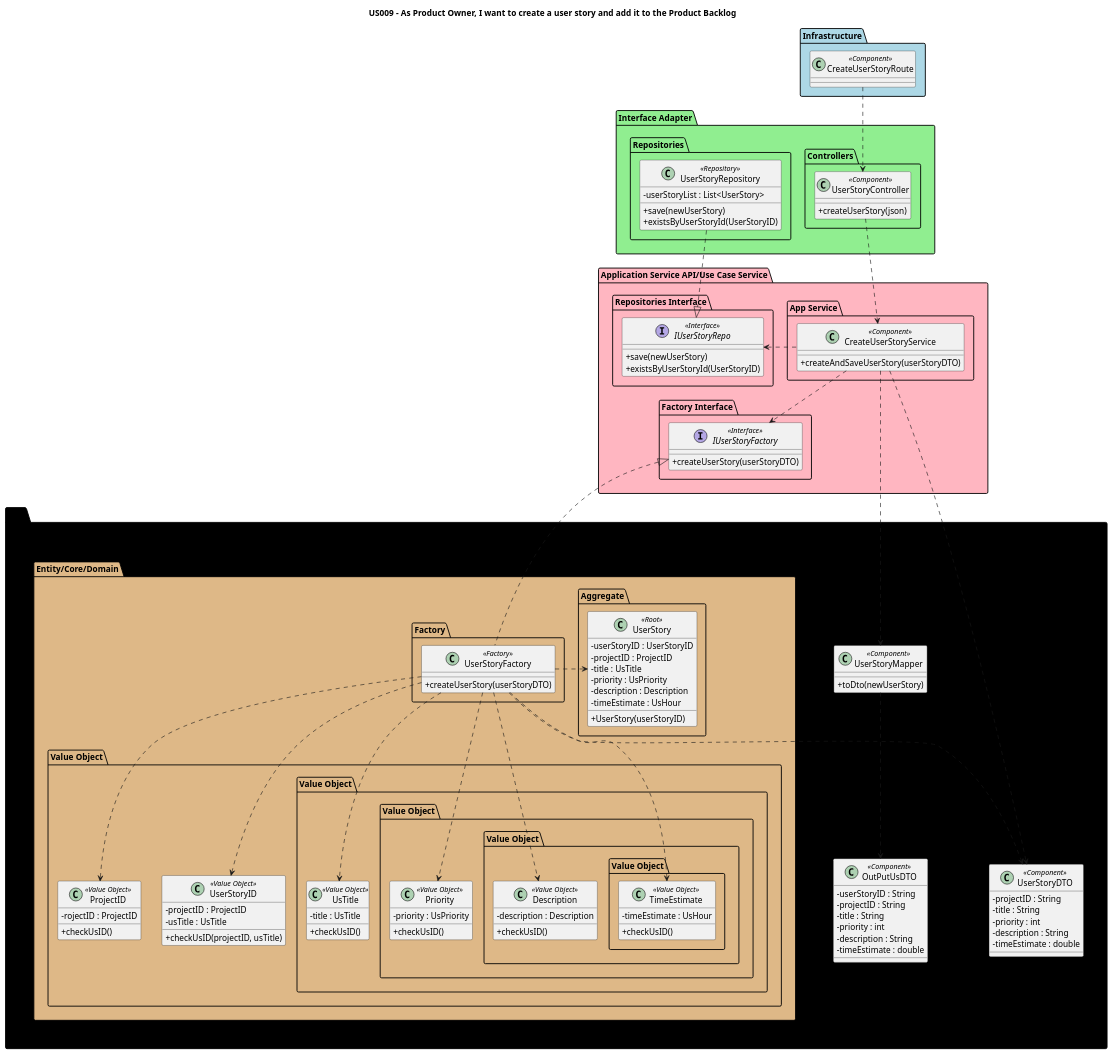
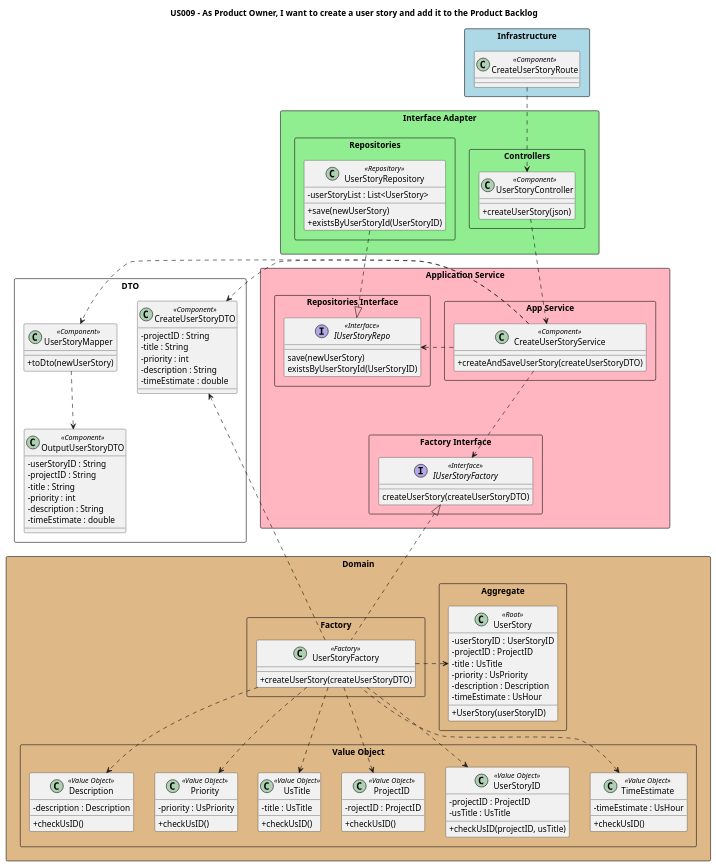
The diagram in docs/Sprint1/US009/US009RE-CD.puml (nunogon1211787/projectManagement), drawn with PlantUML before and after one commit. The commit also changed 29 other files, not shown here.

```diff
--- a/docs/Sprint1/US009/US009RE-CD.puml
+++ b/docs/Sprint1/US009/US009RE-CD.puml
@@ -1,154 +1,136 @@
 @startuml
 'https://plantuml.com/class-diagram
 
 'hide circle
 skinparam classAttributeIconSize 0
 
 title US009 - As Product Owner, I want to create a user story and add it to the Product Backlog
 
 skinparam classAttributeIconSize 0
 
-package "Infrastructure" <<Folder>> #lightblue  {
+package "Infrastructure" <<Rectangle>> #lightblue  {
 class "CreateUserStoryRoute" as route << Component >>
 }
 
-package "Interface Adapter" <<Folder>> #lightgreen {
-package "Controllers" <<Folder>>{
+package "Interface Adapter" <<Rectangle>> #lightgreen {
+package "Controllers" <<Rectangle>>{
 class "UserStoryController" as ctrl << Component >> {
 +createUserStory(json)
 }
 }
-package "Repositories" <<Folder>>{
+package "Repositories" <<Rectangle>>{
 class "UserStoryRepository" as store << Repository >> {
 -userStoryList : List<UserStory>
 + save(newUserStory)
 + existsByUserStoryId(UserStoryID)
 }
 }
 }
 
-package "Application Service API/Use Case Service" <<Package>> #lightpink{
-package "App Service" <<Folder>>{
+package "Application Service" <<Rectangle>> #lightpink{
+package "App Service" <<Rectangle>>{
 class "CreateUserStoryService" as service << Component >> {
-+createAndSaveUserStory(userStoryDTO)
++createAndSaveUserStory(createUserStoryDTO)
 }
 }
-package "Repositories Interface" <<Folder>>{
+package "Repositories Interface" <<Rectangle>>{
 interface "IUserStoryRepo" as repo << Interface >>{
-+ save(newUserStory)
-+ existsByUserStoryId(UserStoryID)
+save(newUserStory)
+existsByUserStoryId(UserStoryID)
 }
 }
-package "Factory Interface" <<Folder>>{
+package "Factory Interface" <<Rectangle>>{
 interface "IUserStoryFactory" as factoryInterface << Interface >>{
-+createUserStory(userStoryDTO)
+createUserStory(createUserStoryDTO)
 }
 }
 }
-package "DTO" <<Folder>> #black {
-package "UserStoryDTO" <<Folder>>{
-class "UserStoryDTO" as dto << Component >> {
+
+package "DTO" <<Rectangle>> {
+class "UserStoryMapper" as mapper << Component >> {
++ toDto(newUserStory)
+}
+class "OutputUserStoryDTO" as outdto << Component >> {
+- userStoryID : String
+- projectID : String
+- title : String
+- priority : int
+- description : String
+- timeEstimate : double
+}
+class "CreateUserStoryDTO" as dto << Component >> {
 - projectID : String
 - title : String
 - priority : int
 - description : String
 - timeEstimate : double
 }
 }
 
-package "DTO" <<Folder>> {
-package "UserStoryMapper" <<Folder>>{
-class "UserStoryMapper" as mapper << Component >> {
-+ toDto(newUserStory)
-}
-}
-package "DTO" <<Folder>>  {
-package "OutPutUsDTO" <<Folder>>{
-class "OutPutUsDTO" as outdto << Component >> {
-- userStoryID : String
-- projectID : String
-- title : String
-- priority : int
-- description : String
-- timeEstimate : double
-}
-}
-
-}
-
-package "Entity/Core/Domain" <<Folder>> #burlywood{
-package "Aggregate" <<Folder>>{
+package "Domain" <<Rectangle>> #burlywood{
+package "Aggregate" <<Rectangle>>{
 class "UserStory" as userStory << Root >> {
 - userStoryID : UserStoryID
 - projectID : ProjectID
 - title : UsTitle
 - priority : UsPriority
 - description : Description
 - timeEstimate : UsHour
 + UserStory(userStoryID)
 }
 }
-package "Factory" <<Folder>>{
+package "Factory" <<Rectangle>>{
 class "UserStoryFactory" as userStoryF << Factory >> {
-+createUserStory(userStoryDTO)
++createUserStory(createUserStoryDTO)
 }
 }
-package "Value Object" <<Folder>>{
+package "Value Object" <<Rectangle>>{
 class "UserStoryID" as usID << Value Object >> {
 -projectID : ProjectID
 -usTitle : UsTitle
 +checkUsID(projectID, usTitle)
 }
-}
-package "Value Object" <<Folder>>{
 class "ProjectID" as projID << Value Object >> {
 -rojectID : ProjectID
 +checkUsID()
 }
-
-package "Value Object" <<Folder>>{
 class "UsTitle" as usTitle << Value Object >> {
 - title : UsTitle
 +checkUsID()
 }
-
-package "Value Object" <<Folder>>{
 class "Priority" as priority << Value Object >> {
 -priority : UsPriority
 +checkUsID()
 }
-
-package "Value Object" <<Folder>>{
 class "Description" as desc << Value Object >> {
 -description : Description
 +checkUsID()
 }
-
-package "Value Object" <<Folder>>{
 class "TimeEstimate" as time << Value Object >> {
 -timeEstimate : UsHour
 +checkUsID()
+}
 }
 
 
 route ..> ctrl
 ctrl..> service
 store..|> repo
-service..> mapper
-service..> dto
-mapper..>outdto
-userStoryF..> dto
+service .r.> mapper
+service .r.> dto
+mapper ..> outdto
+userStoryF .u.> dto
 service..> factoryInterface
 service..left> repo
 userStoryF..> usID
 userStoryF..>projID
 userStoryF..>usTitle
 userStoryF..>priority
 userStoryF..up>time
 userStoryF..>desc
 userStoryF..right>userStory
 userStoryF..up|>factoryInterface
 
 
 
 @enduml
```
